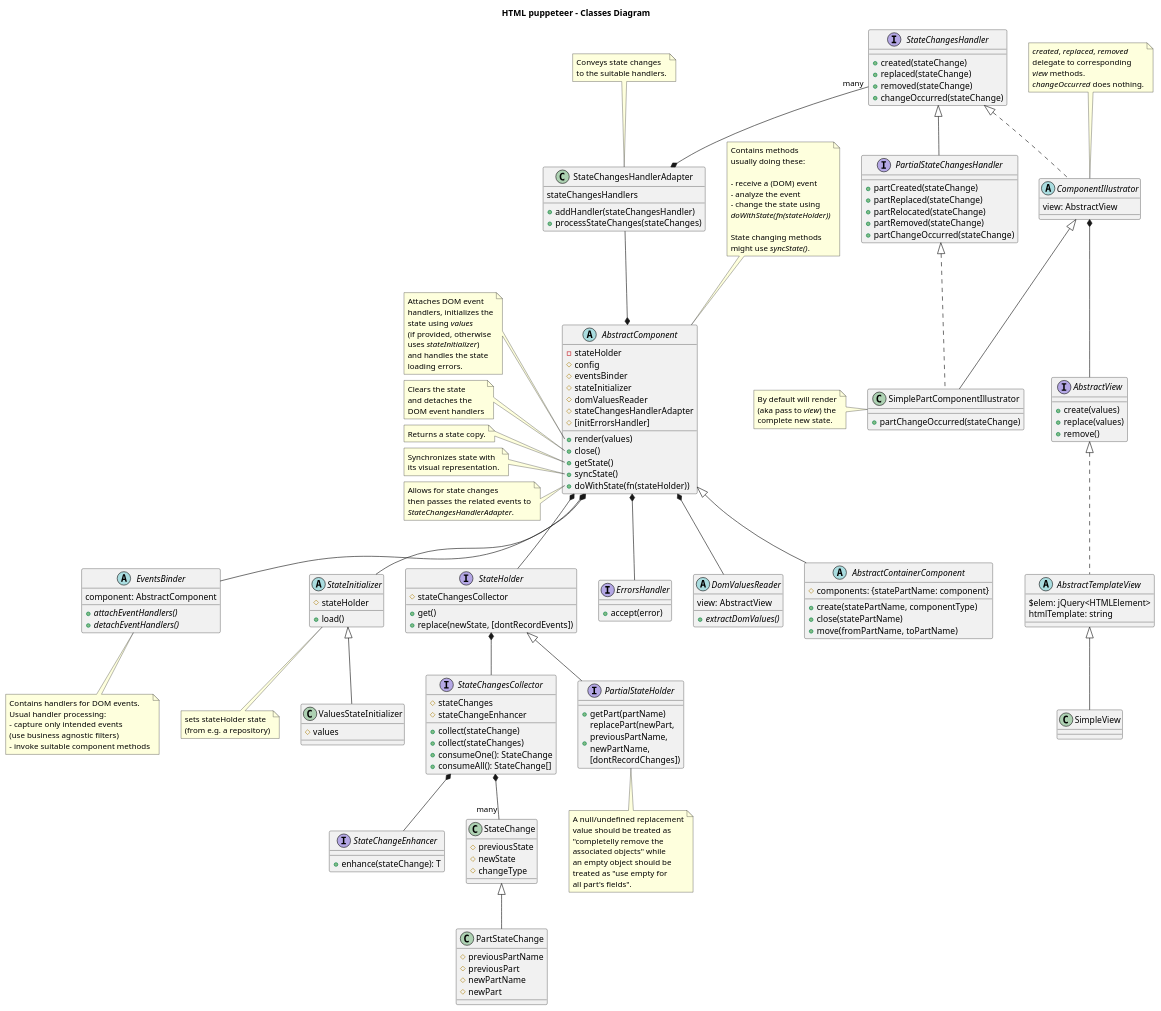
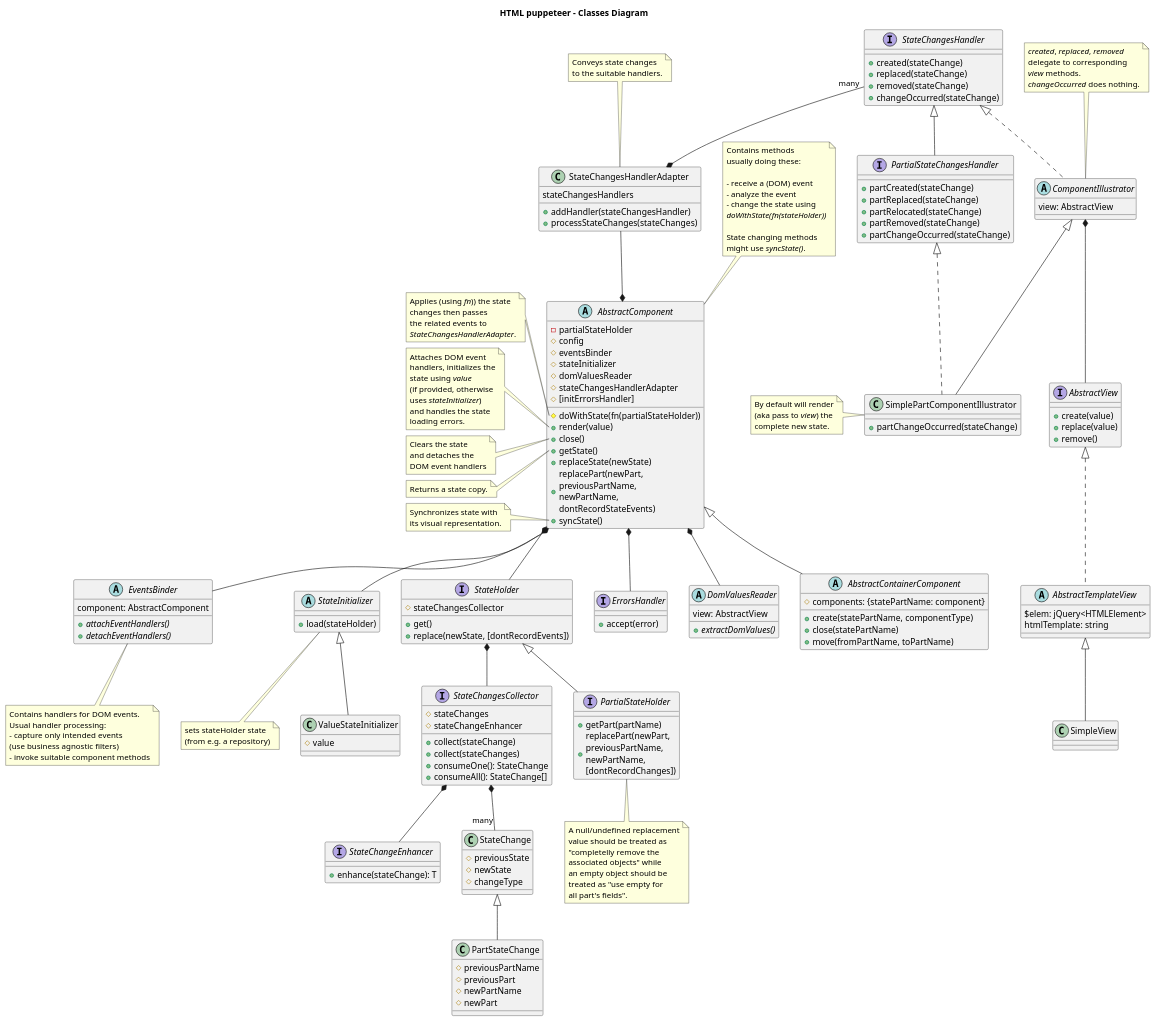
One commit to adrhc/html-puppeteer changed the diagram in design/classes-diagram.puml. Above: the diagram before and after it, drawn with PlantUML. The commit also changed 9 other files, not shown here.

```diff
--- a/design/classes-diagram.puml
+++ b/design/classes-diagram.puml
@@ -3,18 +3,20 @@
 title HTML puppeteer - Classes Diagram
 
 abstract AbstractComponent {
-  -stateHolder
+  -partialStateHolder
   #config
   #eventsBinder
   #stateInitializer
   #domValuesReader
   #stateChangesHandlerAdapter
   #[initErrorsHandler]
-  +render(values)
+  #doWithState(fn(partialStateHolder))
+  +render(value)
   +close()
   +getState()
+  +replaceState(newState)
+  +replacePart(newPart, \npreviousPartName, \nnewPartName, \ndontRecordStateEvents)
   +syncState()
-  +doWithState(fn(stateHolder))
 }
 
 note top of AbstractComponent
@@ -53,10 +55,17 @@
 element's id could be <i>partName</i>.
 end note'/
 
-note left of AbstractComponent::"render(values)"
+note left of AbstractComponent::doWithState
+Applies (using <i>fn</i>)) the state
+changes then passes
+the related events to
+<i>StateChangesHandlerAdapter</i>.
+end note
+
+note left of AbstractComponent::"render(value)"
 Attaches DOM event
 handlers, initializes the
-state using <i>values</i>
+state using <i>value</i>
 (if provided, otherwise
 uses <i>stateInitializer</i>)
 and handles the state
@@ -76,12 +85,6 @@
 note left of AbstractComponent::syncState
 Synchronizes state with
 its visual representation.
-end note
-
-note left of AbstractComponent::doWithState
-Allows for state changes
-then passes the related events to
-<i>StateChangesHandlerAdapter</i>.
 end note
 
 abstract AbstractContainerComponent extends AbstractComponent {
@@ -106,8 +109,7 @@
 end note
 
 abstract StateInitializer {
-#stateHolder
-+load()
++load(stateHolder)
 }
 
 note bottom of StateInitializer
@@ -115,8 +117,8 @@
 (from e.g. a repository)
 end note
 
-class ValuesStateInitializer extends StateInitializer {
-#values
+class ValueStateInitializer extends StateInitializer {
+#value
 }
 
 class StateChange {
@@ -180,23 +182,23 @@
 }
 
 interface AbstractView {
-+create(values)
-+replace(values)
++create(value)
++replace(value)
 +remove()
 }
 
 /'note right of AbstractView::create
 Creates the DOM
 element to contain
-the <i>values</i> to display.
-If <i>values</i> is not empty
-calls <i>replace(values)</i>
+the <i>value</i> to display.
+If <i>value</i> is not empty
+calls <i>replace(value)</i>
 to show them.
 end note'/
 
 /'note left of AbstractView::replace
 Replaces the previous
-displayed values with
+displayed value with
 the new ones.
 end note'/
 
@@ -314,7 +316,7 @@
 
 note left of StateSynchronizer::syncState
 Updates (silently) the
-state using view's values
+state using view's value
 and part owners state.
 end note
 
@@ -331,7 +333,7 @@
 
 /'note right of DomValuesReader::extractDomValues
 Extracts the input
-values from view.
+value from view.
 end note'/
 
 AbstractComponent *-down- EventsBinder
@@ -359,7 +361,7 @@
 'ComponentIllustrator --|> StateChangesHandler
 'PartStateChange -down-> StateChange
 'PartsAllocator -down-> StateHolder
-'ValuesStateInitializer -up-|> StateInitializer
+'ValueStateInitializer -up-|> StateInitializer
 StateChangesCollector *-- StateChangeEnhancer
 
 /'note as setElement
```
